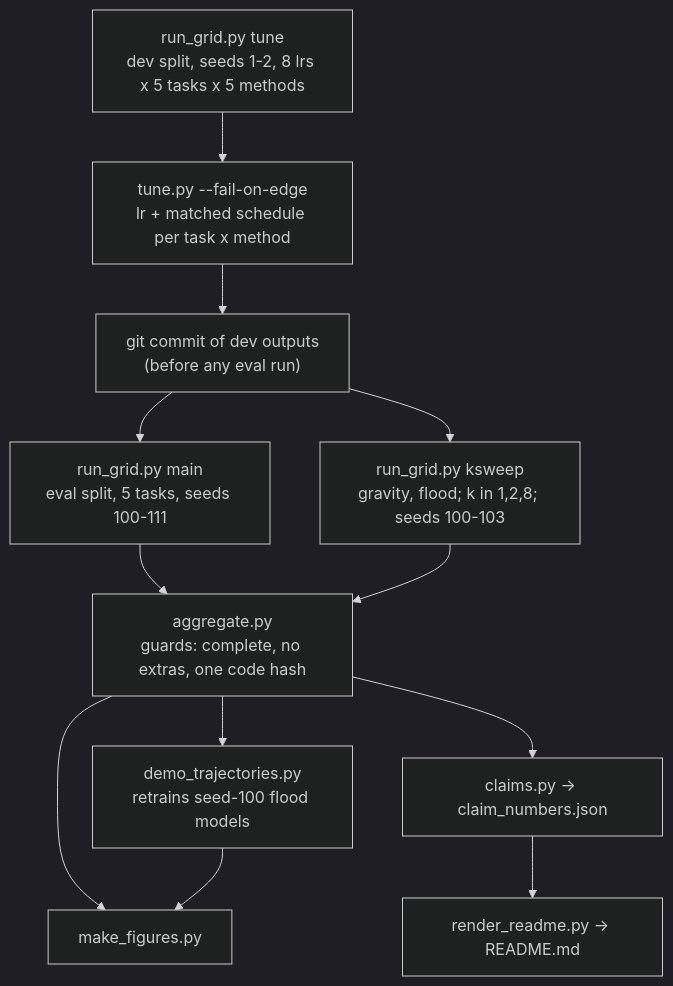
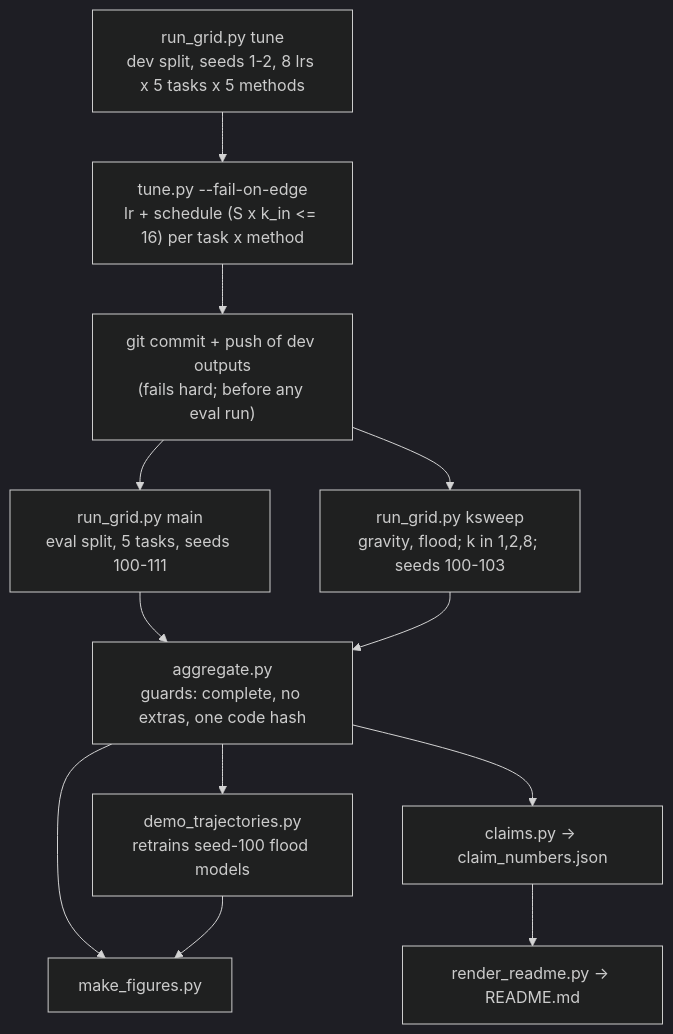
Before and after one commit to arman-dogru/drm-recursion-curriculum-microbench: the third of 3 diagrams in docs/README.template.md, drawn with Mermaid (dark theme). The commit also changed other lines of this file and 1502 other files, not shown here.

````diff
--- a/docs/README.template.md
+++ b/docs/README.template.md
@@ -226,14 +231,14 @@
 ```mermaid
 flowchart TD
-  T["run_grid.py tune<br/>dev split, seeds 1-2, 8 lrs x 5 tasks x 5 methods"] --> U["tune.py --fail-on-edge<br/>lr + matched schedule per task x method"]
-  U --> G["git commit of dev outputs<br/>(before any eval run)"]
+  T["run_grid.py tune<br/>dev split, seeds 1-2, 8 lrs x 5 tasks x 5 methods"] --> U["tune.py --fail-on-edge<br/>lr + schedule (S x k_in <= 16) per task x method"]
+  U --> G["git commit + push of dev outputs<br/>(fails hard; before any eval run)"]
   G --> M["run_grid.py main<br/>eval split, 5 tasks, seeds 100-111"]
   G --> K["run_grid.py ksweep<br/>gravity, flood; k in 1,2,8; seeds 100-103"]
   M --> A["aggregate.py<br/>guards: complete, no extras, one code hash"]
   K --> A
   A --> D["demo_trajectories.py<br/>retrains seed-100 flood models"]
   A --> F["make_figures.py"]
   D --> F
   A --> C["claims.py -> claim_numbers.json"]
   C --> R["render_readme.py -> README.md"]
 ```
````
